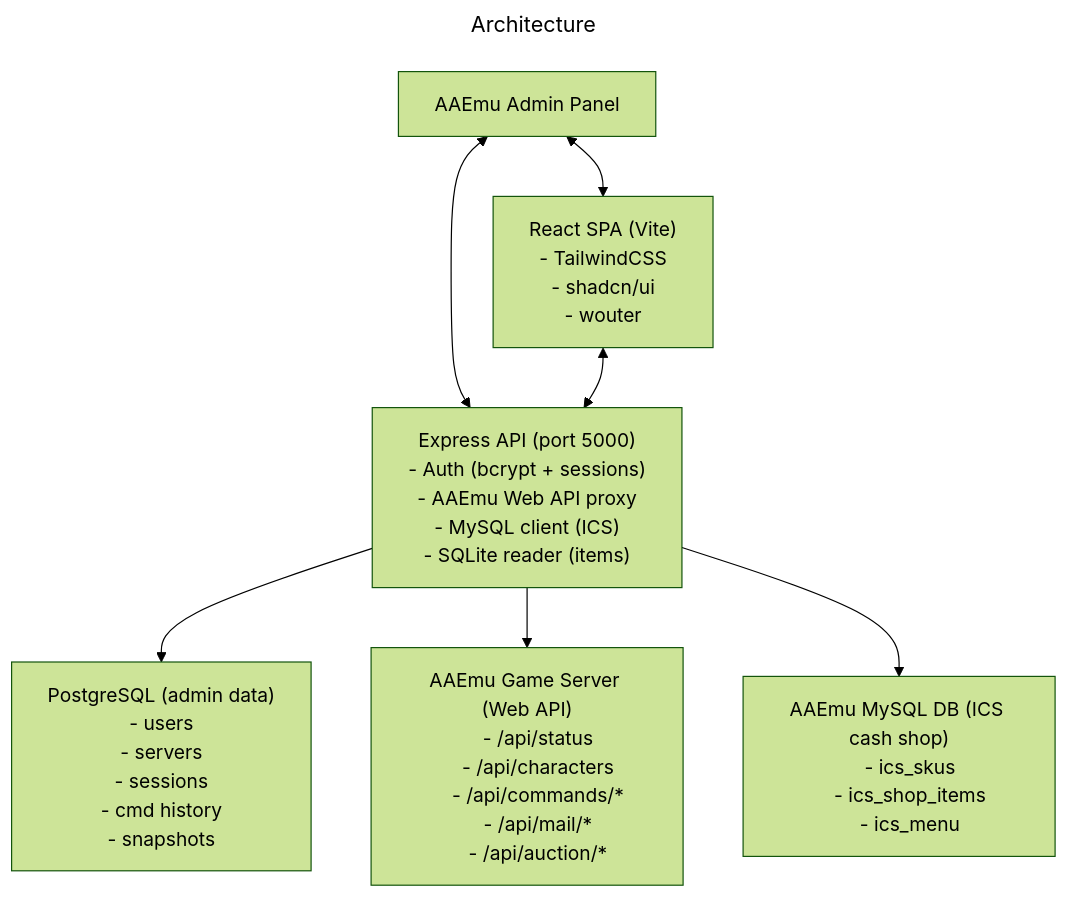
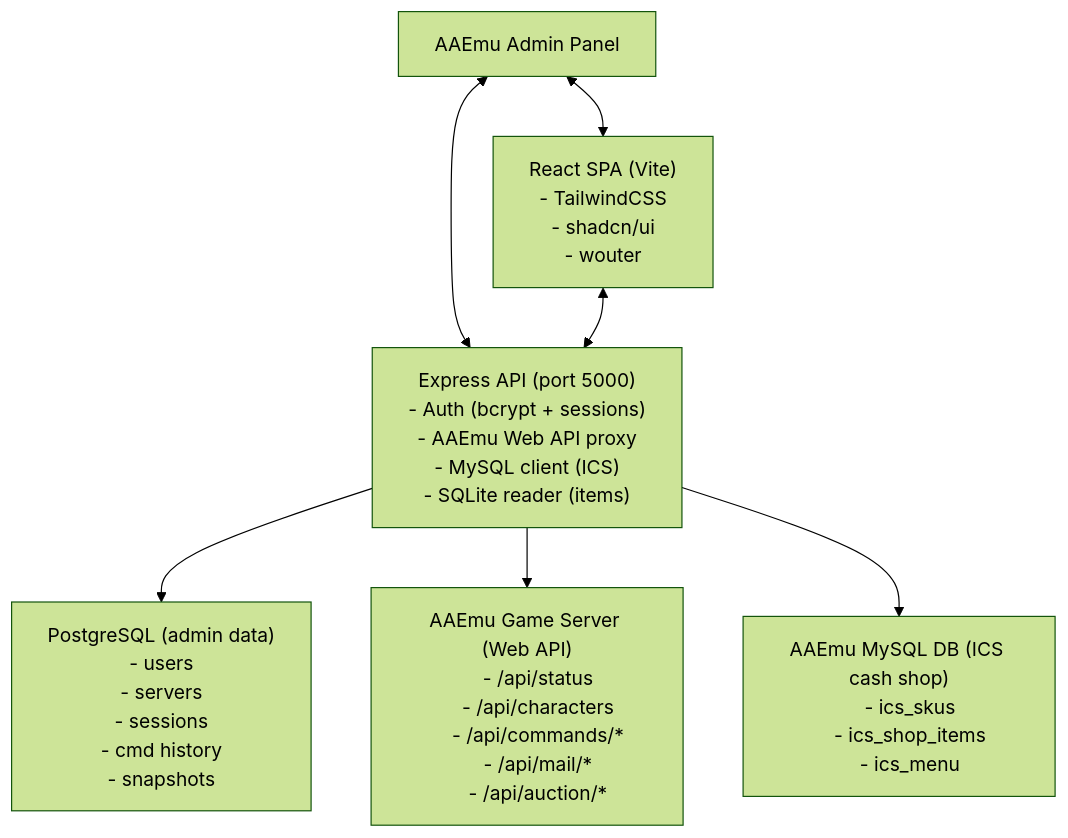
Before and after one commit to p-ny/aaemu-admin: the diagram in README.md, drawn with Mermaid (forest theme).

Commit message:
Remove title from architecture diagram
Remove title from architecture diagram in README.

````diff
--- a/README.md
+++ b/README.md
@@ -39,44 +39,41 @@
 ```mermaid
----
-title: Architecture
----
 flowchart TD
     Panel["AAEmu Admin Panel"]
 
     React["React SPA (Vite)
     - TailwindCSS
     - shadcn/ui
     - wouter"]
 
     API["Express API (port 5000)
     - Auth (bcrypt + sessions)
     - AAEmu Web API proxy
     - MySQL client (ICS)
     - SQLite reader (items)"]
 
     PostgreSQL["PostgreSQL (admin data)
     - users
     - servers
     - sessions
     - cmd history
     - snapshots"]
 
     Game["AAEmu Game Server (Web API)
     - /api/status
     - /api/characters
     - /api/commands/*
     - /api/mail/*
     - /api/auction/*"]
 
     MySQL["AAEmu MySQL DB (ICS cash shop)
     - ics_skus
     - ics_shop_items
     - ics_menu"]
 
     Panel <--> React
     Panel <--> API
     React <--> API
     API --> PostgreSQL
     API --> Game
     API --> MySQL
 ```
````
